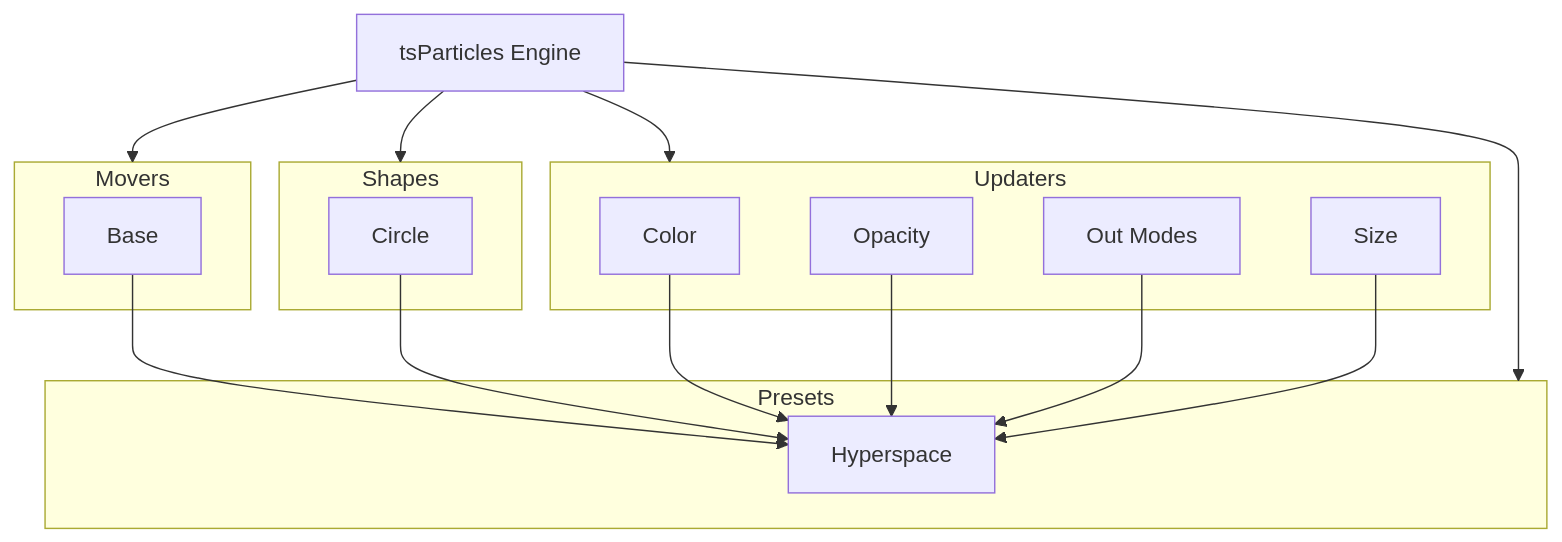
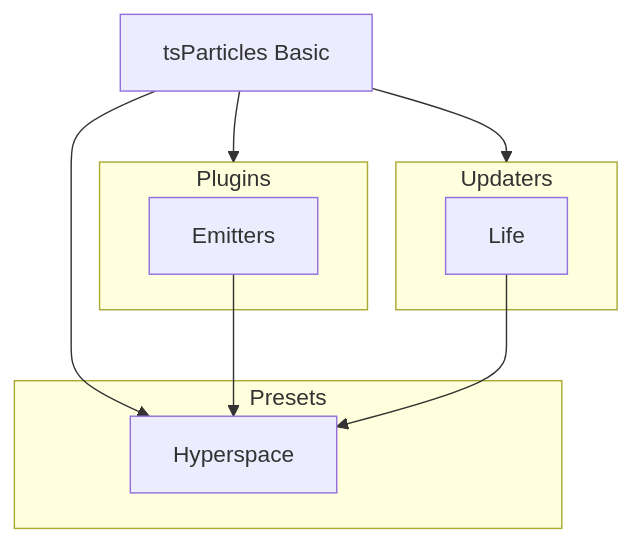
Before and after one commit to tsparticles/presets: the diagram in presets/hyperspace/README.md, drawn with Mermaid. The commit also changed 35 other files, not shown here.

Commit message:
feat: added squares preset build: updated all mermaid charts

````diff
--- a/presets/hyperspace/README.md
+++ b/presets/hyperspace/README.md
@@ -165,32 +165,21 @@
 ```mermaid
 flowchart TD
 
-subgraph m [Movers]
-mb[Base]
+subgraph pl [Plugins]
+ple[Emitters]
 end
 
-e[tsParticles Engine] --> m
+bb[tsParticles Basic] --> pl
 
-subgraph s [Shapes]
-sc[Circle]
+subgraph u [Updaters]
+ul[Life]
 end
 
-e --> s
+bb --> u
 
-subgraph u [Updaters]
-uc[Color]
-uop[Opacity]
-uou[Out Modes]
-usi[Size]
+subgraph pr [Presets]
+prhs[Hyperspace]
 end
 
-e --> u
-
-subgraph pr [Presets]
-prst[Hyperspace]
-end
-
-e --> pr
-
-mb & sc & uc & uop & uou & usi --> prst
+bb & ple & ul --> prhs
 ```
````
